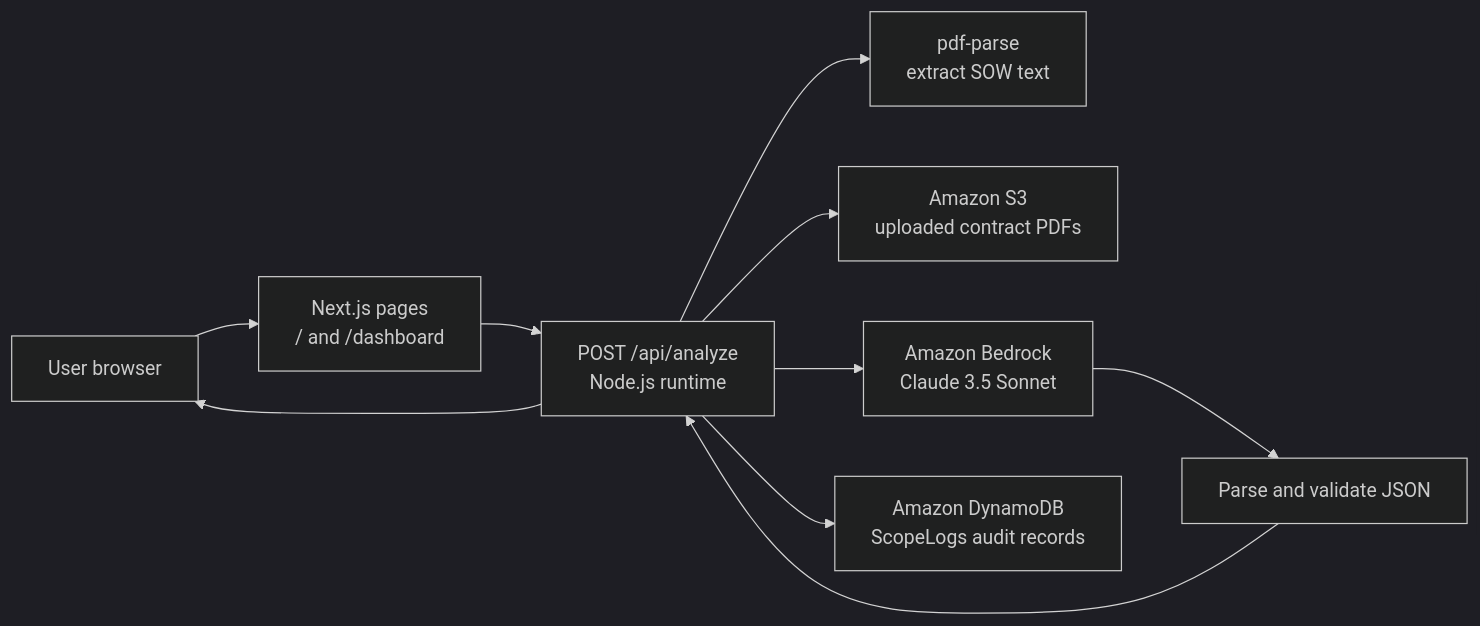
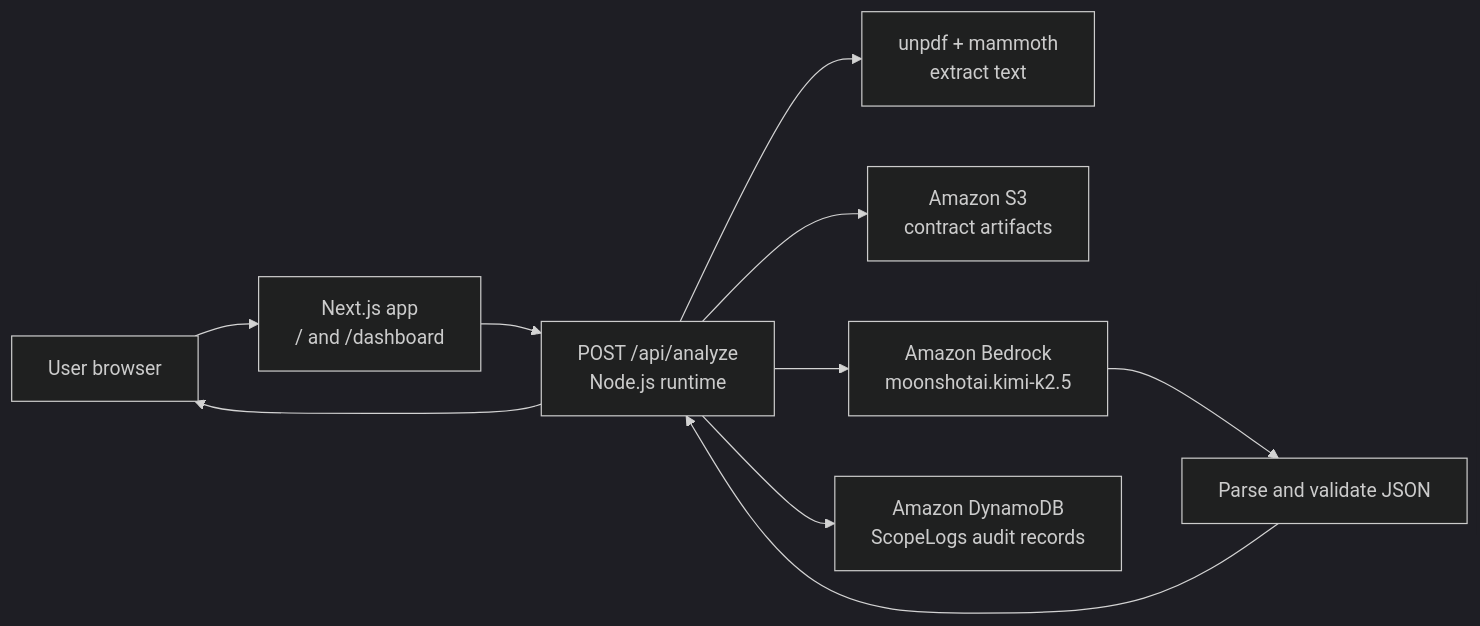
Before and after one commit to ADITYANAIR01/ScopeGuard-AI-AWS-Zero-to-Shipped: the diagram in README.md, drawn with Mermaid (dark theme). The commit also changed other lines of this file and 2 other files, not shown here.

````diff
--- a/README.md
+++ b/README.md
@@ -24,12 +24,12 @@
 ```mermaid
 flowchart LR
-        Browser[User browser] --> Pages[Next.js pages<br/>/ and /dashboard]
-        Pages --> API[POST /api/analyze<br/>Node.js runtime]
-        API --> PDF[pdf-parse<br/>extract SOW text]
-        API --> S3[Amazon S3<br/>uploaded contract PDFs]
-        API --> Bedrock[Amazon Bedrock<br/>Claude 3.5 Sonnet]
-        API --> DynamoDB[Amazon DynamoDB<br/>ScopeLogs audit records]
-        Bedrock --> Validate[Parse and validate JSON]
-        Validate --> API
-        API --> Browser
+    Browser[User browser] --> Pages[Next.js app<br/>/ and /dashboard]
+    Pages --> API[POST /api/analyze<br/>Node.js runtime]
+    API --> Extract[unpdf + mammoth<br/>extract text]
+    API --> S3[Amazon S3<br/>contract artifacts]
+    API --> Bedrock[Amazon Bedrock<br/>moonshotai.kimi-k2.5]
+    API --> DynamoDB[Amazon DynamoDB<br/>ScopeLogs audit records]
+    Bedrock --> Validate[Parse and validate JSON]
+    Validate --> API
+    API --> Browser
 ```
````
